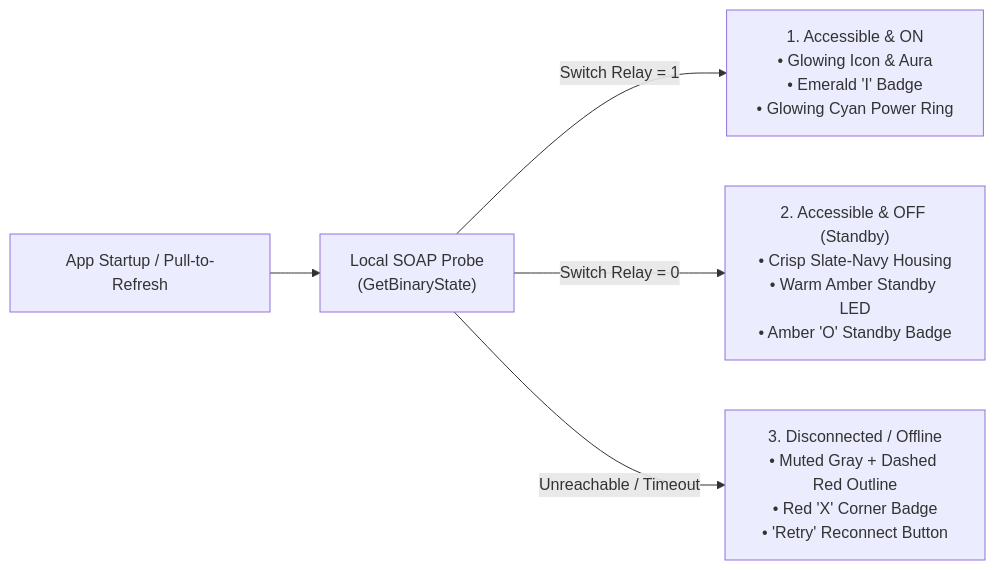
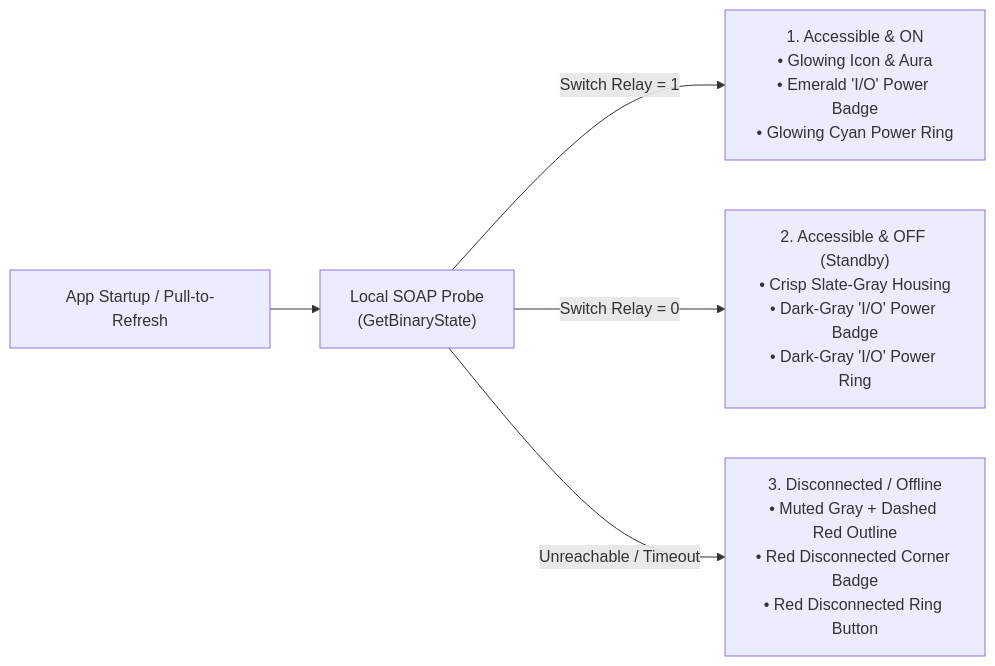
Before and after one commit to MichaelRHead/WeMi-light-control: the diagram in docs/user-guide/main-screen.md, drawn with Mermaid. The commit also changed other lines of this file and 9 other files, not shown here.

````diff
--- a/docs/user-guide/main-screen.md
+++ b/docs/user-guide/main-screen.md
@@ -27,7 +27,7 @@
 ```mermaid
 flowchart LR
     Startup["App Startup / Pull-to-Refresh"] --> Probe["Local SOAP Probe\n(GetBinaryState)"]
-    Probe -->|Switch Relay = 1| StateOn["1. Accessible & ON\n• Glowing Icon & Aura\n• Emerald 'I' Badge\n• Glowing Cyan Power Ring"]
-    Probe -->|Switch Relay = 0| StateOff["2. Accessible & OFF (Standby)\n• Crisp Slate-Navy Housing\n• Warm Amber Standby LED\n• Amber 'O' Standby Badge"]
-    Probe -->|Unreachable / Timeout| StateOffline["3. Disconnected / Offline\n• Muted Gray + Dashed Red Outline\n• Red 'X' Corner Badge\n• 'Retry' Reconnect Button"]
+    Probe -->|Switch Relay = 1| StateOn["1. Accessible & ON\n• Glowing Icon & Aura\n• Emerald 'I/O' Power Badge\n• Glowing Cyan Power Ring"]
+    Probe -->|Switch Relay = 0| StateOff["2. Accessible & OFF (Standby)\n• Crisp Slate-Gray Housing\n• Dark-Gray 'I/O' Power Badge\n• Dark-Gray 'I/O' Power Ring"]
+    Probe -->|Unreachable / Timeout| StateOffline["3. Disconnected / Offline\n• Muted Gray + Dashed Red Outline\n• Red Disconnected Corner Badge\n• Red Disconnected Ring Button"]
 ```
````
